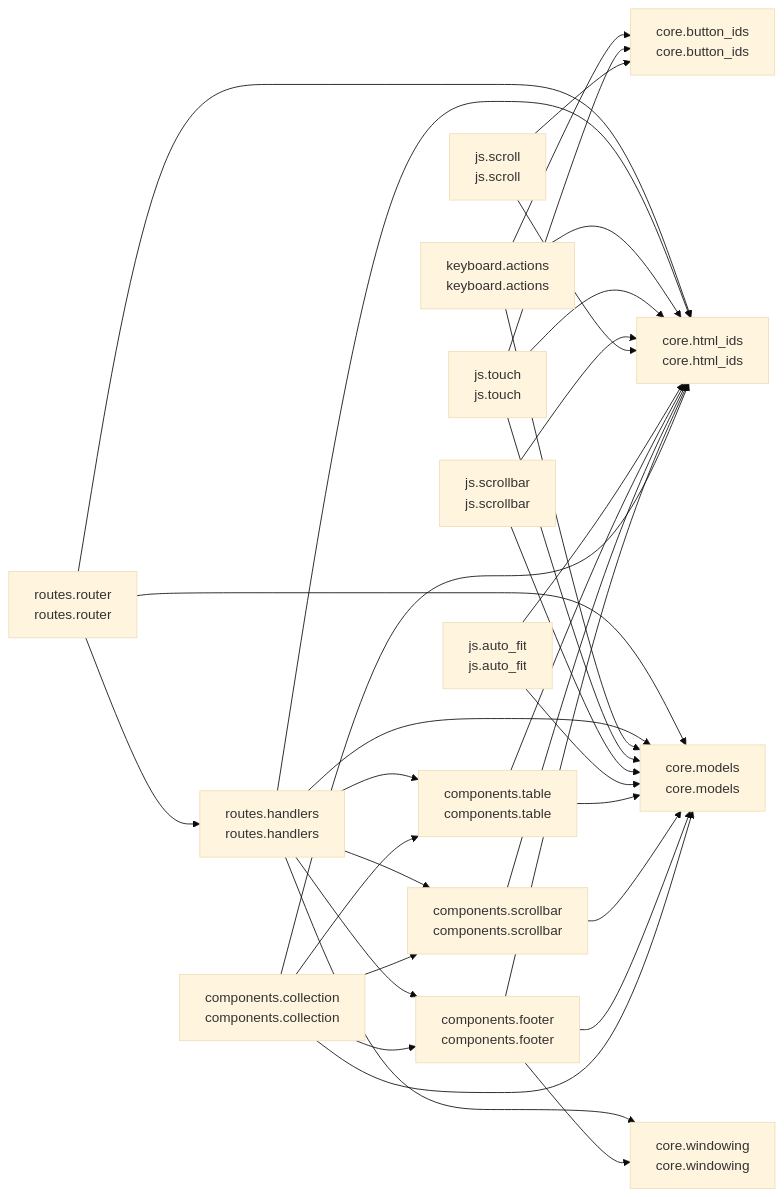
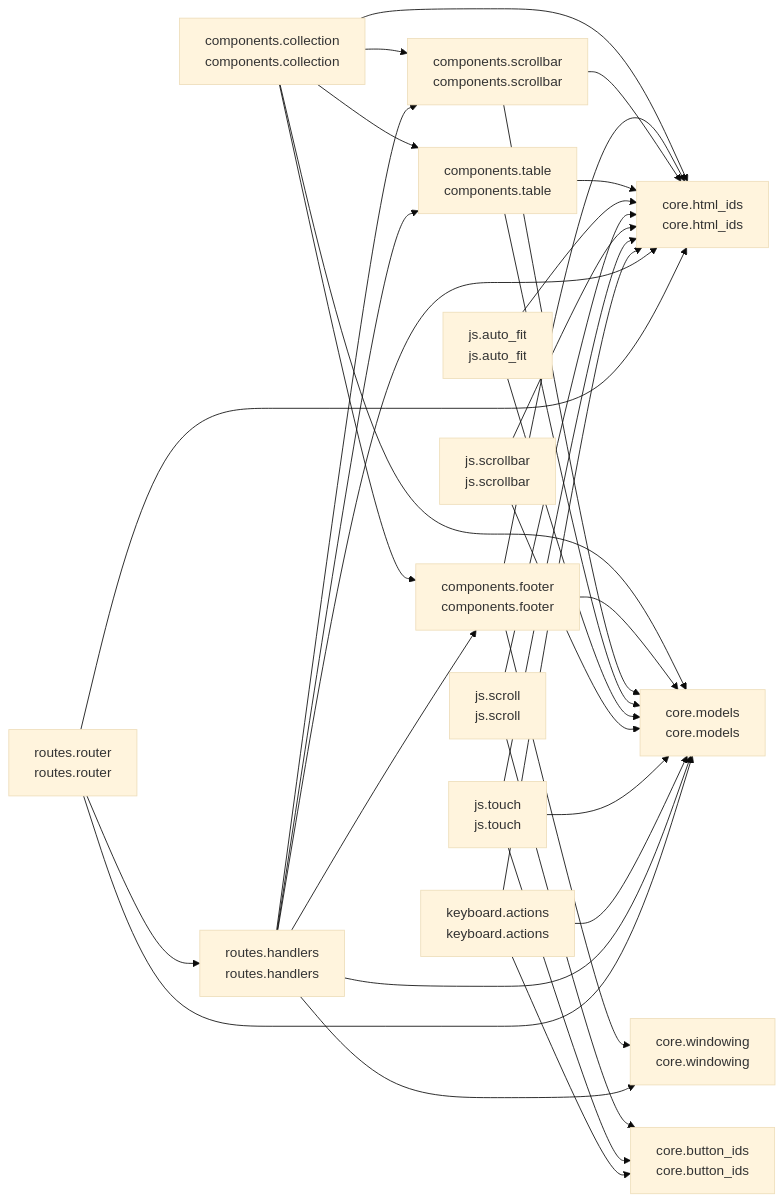
One commit to cj-mills/cjm-fasthtml-virtual-collection changed the diagram in README.md. Above: the diagram before and after it, drawn with Mermaid (base theme). The commit also changed other lines of this file and 7 other files, not shown here.

````diff
--- a/README.md
+++ b/README.md
@@ -40,52 +40,52 @@
 ``` mermaid
 graph LR
     components_collection[components.collection<br/>components.collection]
     components_footer[components.footer<br/>components.footer]
     components_scrollbar[components.scrollbar<br/>components.scrollbar]
     components_table[components.table<br/>components.table]
     core_button_ids[core.button_ids<br/>core.button_ids]
     core_html_ids[core.html_ids<br/>core.html_ids]
     core_models[core.models<br/>core.models]
     core_windowing[core.windowing<br/>core.windowing]
     js_auto_fit[js.auto_fit<br/>js.auto_fit]
     js_scroll[js.scroll<br/>js.scroll]
     js_scrollbar[js.scrollbar<br/>js.scrollbar]
     js_touch[js.touch<br/>js.touch]
     keyboard_actions[keyboard.actions<br/>keyboard.actions]
     routes_handlers[routes.handlers<br/>routes.handlers]
     routes_router[routes.router<br/>routes.router]
 
+    components_collection --> components_footer
+    components_collection --> core_models
+    components_collection --> components_table
+    components_collection --> components_scrollbar
     components_collection --> core_html_ids
-    components_collection --> core_models
-    components_collection --> components_scrollbar
-    components_collection --> components_table
-    components_collection --> components_footer
     components_footer --> core_html_ids
     components_footer --> core_models
     components_footer --> core_windowing
     components_scrollbar --> core_models
     components_scrollbar --> core_html_ids
+    components_table --> core_models
     components_table --> core_html_ids
-    components_table --> core_models
     js_auto_fit --> core_models
     js_auto_fit --> core_html_ids
     js_scroll --> core_html_ids
     js_scroll --> core_button_ids
+    js_scrollbar --> core_html_ids
     js_scrollbar --> core_models
-    js_scrollbar --> core_html_ids
+    js_touch --> core_html_ids
     js_touch --> core_models
-    js_touch --> core_html_ids
     js_touch --> core_button_ids
+    keyboard_actions --> core_html_ids
+    keyboard_actions --> core_models
     keyboard_actions --> core_button_ids
-    keyboard_actions --> core_models
-    keyboard_actions --> core_html_ids
+    routes_handlers --> components_footer
+    routes_handlers --> core_models
+    routes_handlers --> components_table
     routes_handlers --> core_windowing
+    routes_handlers --> components_scrollbar
     routes_handlers --> core_html_ids
-    routes_handlers --> core_models
-    routes_handlers --> components_scrollbar
-    routes_handlers --> components_footer
-    routes_handlers --> components_table
+    routes_router --> routes_handlers
+    routes_router --> core_models
     routes_router --> core_html_ids
-    routes_router --> core_models
-    routes_router --> routes_handlers
 ```
````
